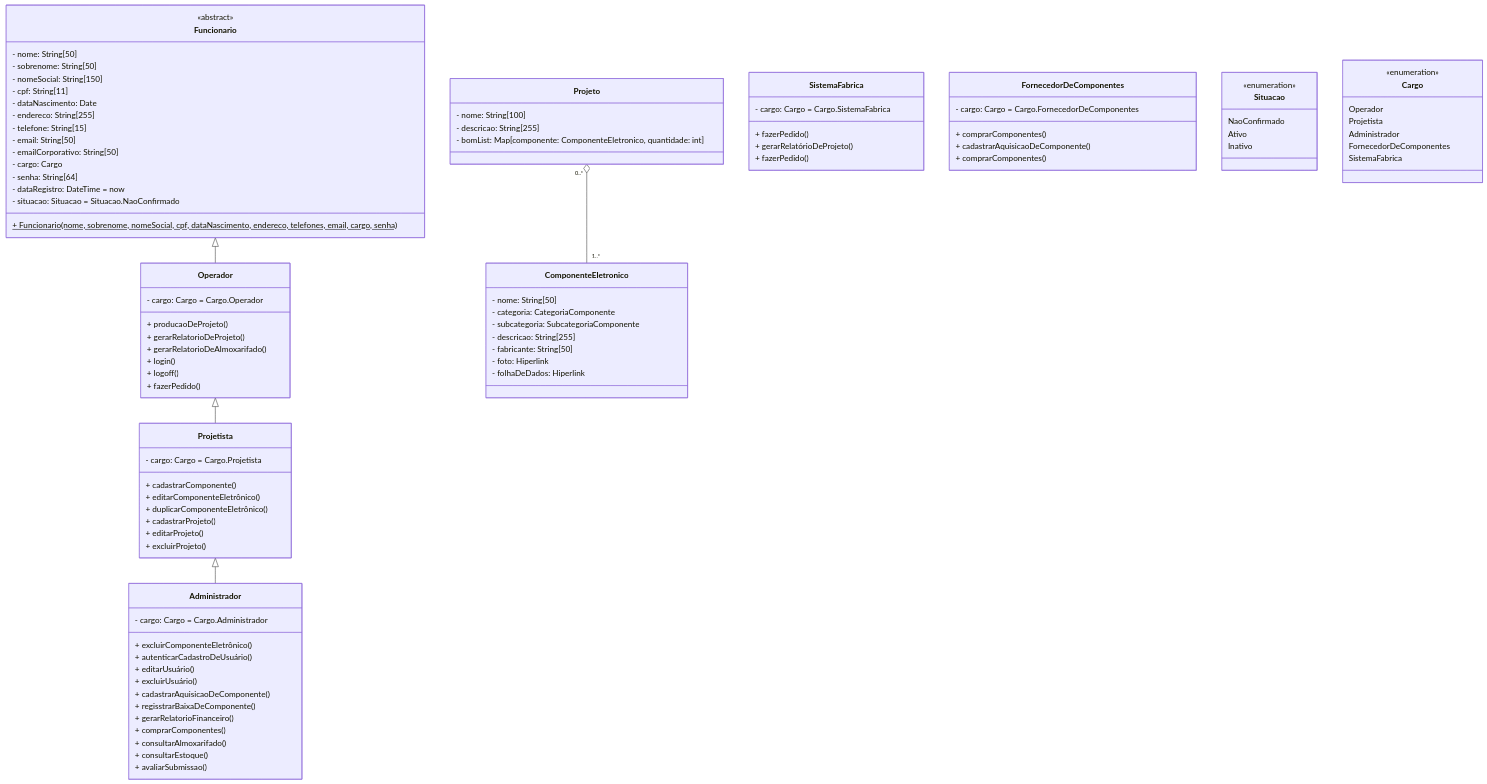
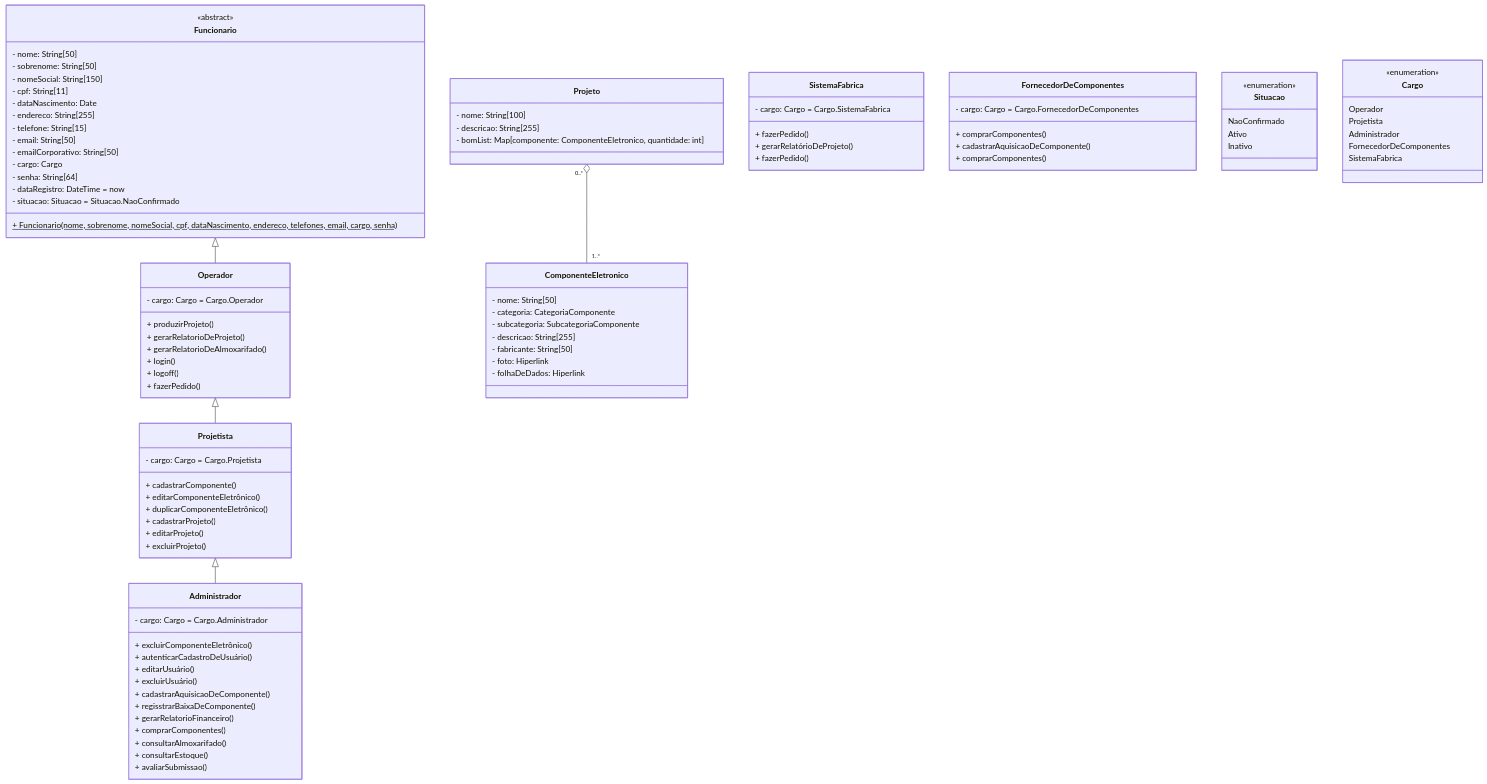
The diagram in diagrama-de-classes/README.md (PabloBF/minha-fabrica), drawn with Mermaid before and after one commit.

Commit message:
+ producaoDeProjeto() => + produzirProjeto()
verbos nos nomes dos métodos

```diff
--- a/diagrama-de-classes/README.md
+++ b/diagrama-de-classes/README.md
@@ -25,7 +25,7 @@
     
     class Operador {
     - cargo: Cargo = Cargo.Operador
-    + producaoDeProjeto()
+    + produzirProjeto()
     + gerarRelatorioDeProjeto()
     + gerarRelatorioDeAlmoxarifado()
     + login()
```
